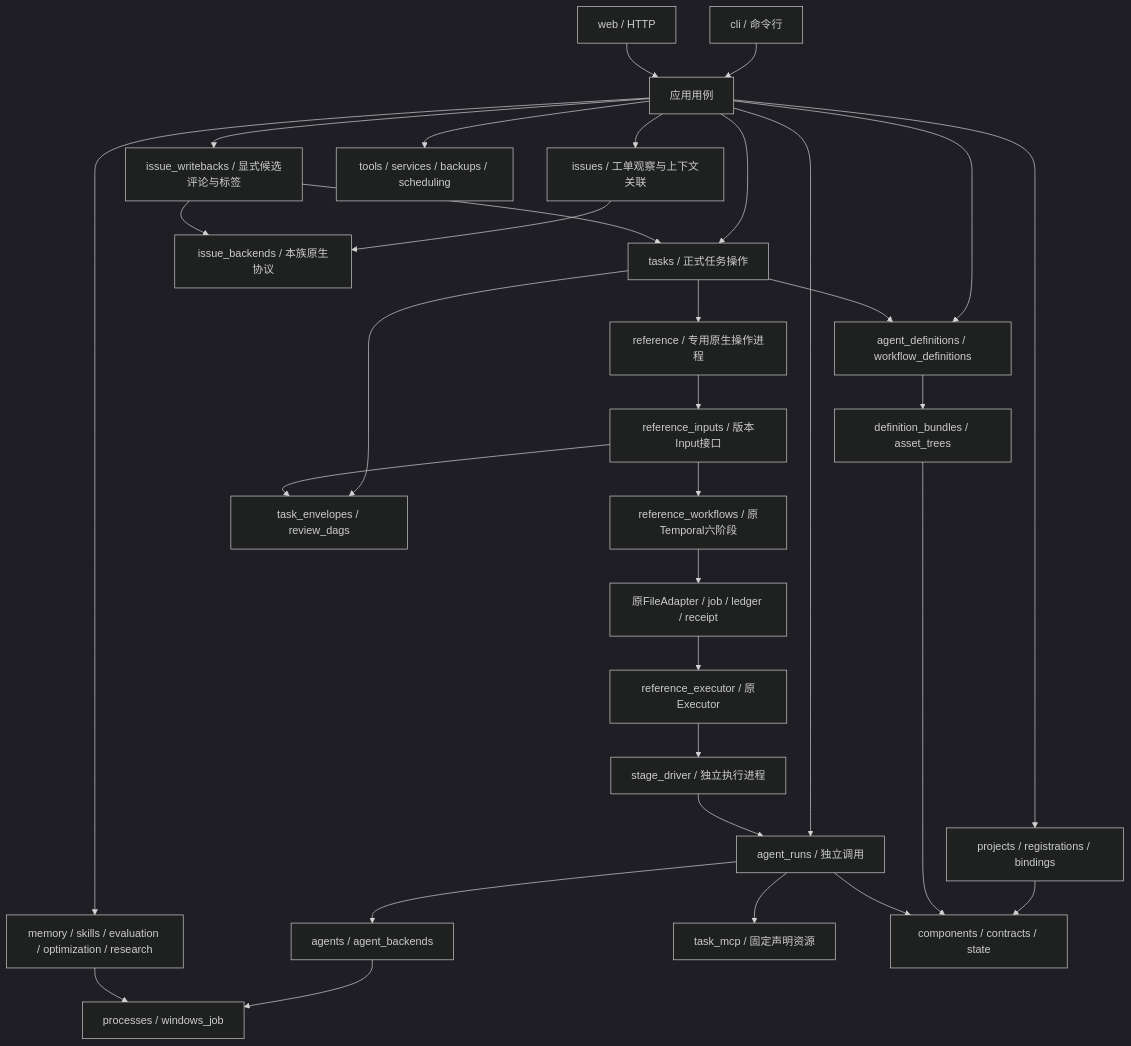
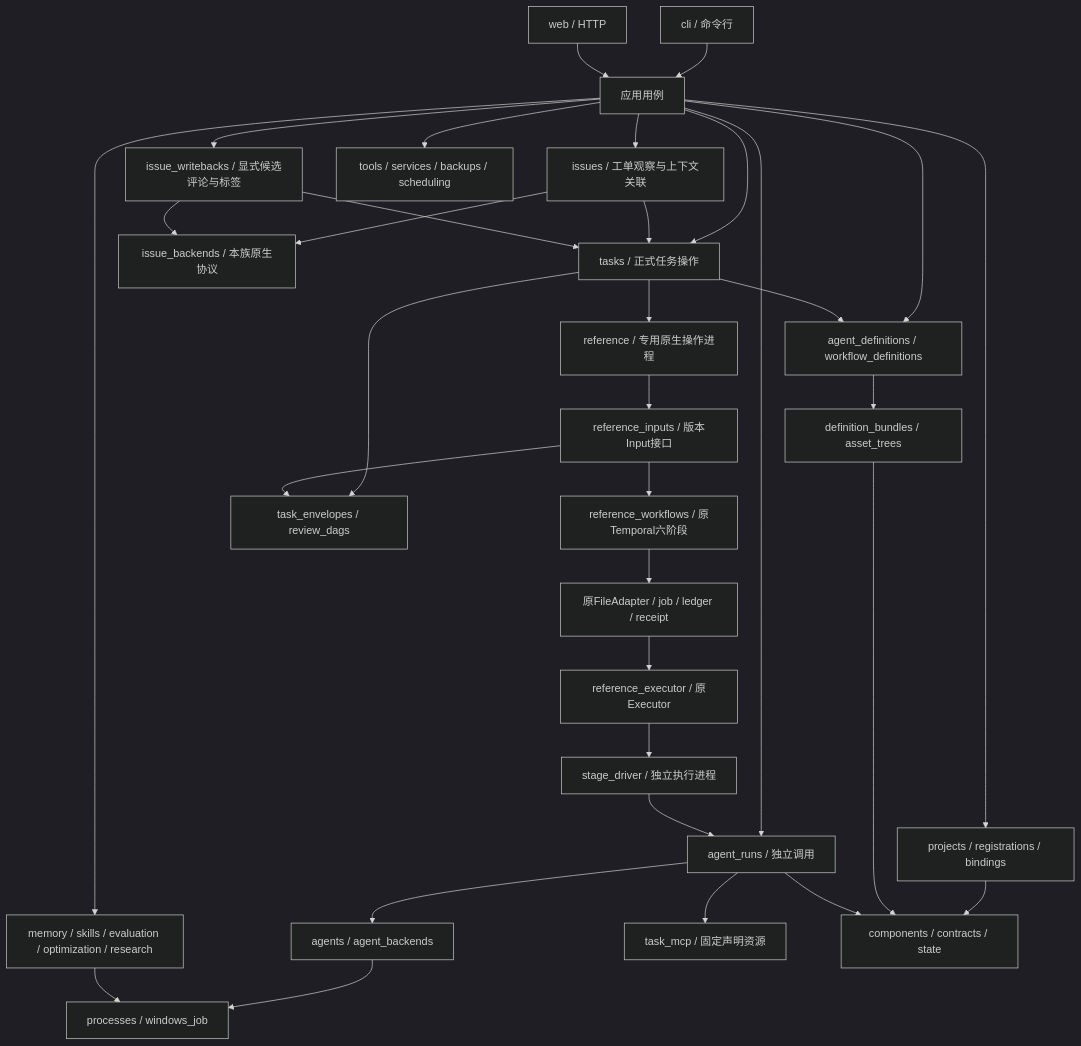
Before and after one commit to 626619403/Ergora: the first of 5 diagrams in docs/architecture/current.md, drawn with Mermaid (dark theme). The commit also changed other lines of this file and 28 other files, not shown here.

````diff
--- a/docs/architecture/current.md
+++ b/docs/architecture/current.md
@@ -11,34 +11,35 @@
 ```mermaid
 flowchart TB
   CLI[cli / 命令行] --> Uses[应用用例]
   HTTP[web / HTTP] --> Uses
   Uses --> Project[projects / registrations / bindings]
   Uses --> Tasks[tasks / 正式任务操作]
   Uses --> Issues[issues / 工单观察与上下文关联]
   Issues --> IssueBackends[issue_backends / 本族原生协议]
+  Issues --> Tasks
   Uses --> Writebacks[issue_writebacks / 显式候选评论与标签]
   Writebacks --> IssueBackends
   Writebacks --> Tasks
   Uses --> Library[agent_definitions / workflow_definitions]
   Uses --> Runs[agent_runs / 独立调用]
   Uses --> Evolution[memory / skills / evaluation / optimization / research]
   Uses --> Ops[tools / services / backups / scheduling]
   Library --> Bundles[definition_bundles / asset_trees]
   Tasks --> Library
   Tasks --> Reference[reference / 专用原生操作进程]
   Reference --> Input[reference_inputs / 版本Input接口]
   Input --> Flow[reference_workflows / 原Temporal六阶段]
   Flow --> Files[原FileAdapter / job / ledger / receipt]
   Files --> Executor[reference_executor / 原Executor]
   Executor --> Driver[stage_driver / 独立执行进程]
   Driver --> Runs
   Runs --> Agents[agents / agent_backends]
   Runs --> MCP[task_mcp / 固定声明资源]
   Agents --> Processes[processes / windows_job]
   Evolution --> Processes
   Project --> Base[components / contracts / state]
   Bundles --> Base
   Runs --> Base
   Tasks --> Envelope[task_envelopes / review_dags]
   Input --> Envelope
 ```
````
